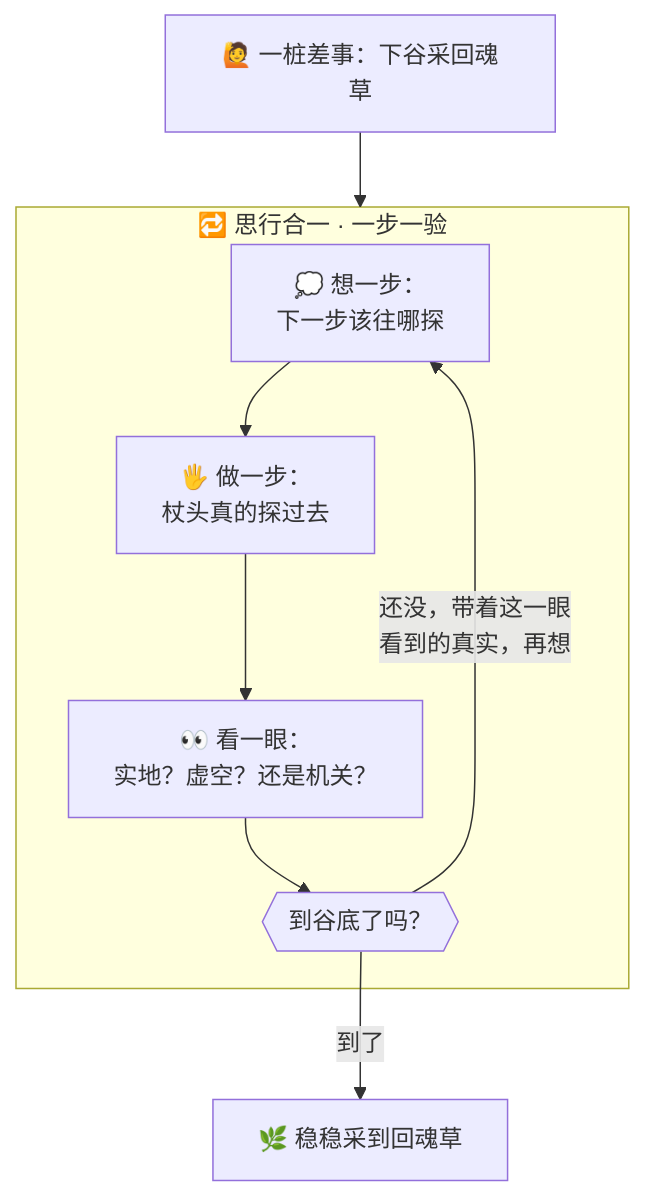
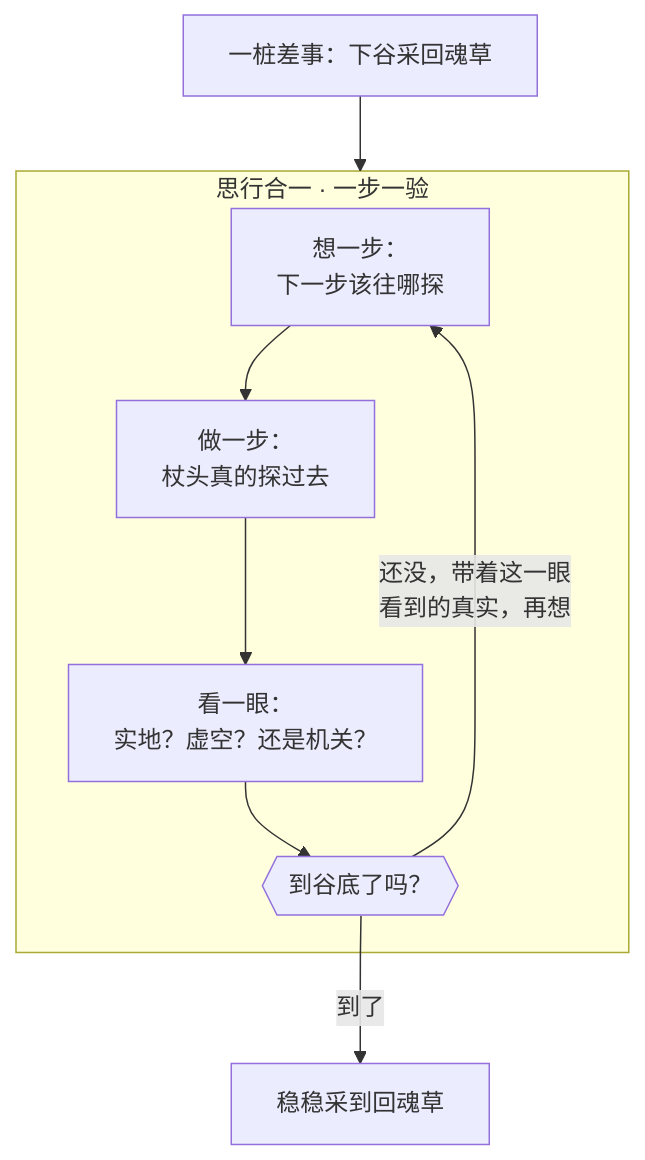
One commit to luckykhy/KhyAiHub changed the second of 3 diagrams in docs/09_STORY_修仙学AI/STORY-番外/[STORY-番外-105] 番外06·思行合一·观己而动.md. Above: the diagram before and after it, drawn with Mermaid. The commit also changed other lines of this file and 19 other files, not shown here.

````diff
--- a/docs/09_STORY_修仙学AI/STORY-番外/[STORY-番外-105] 番外06·思行合一·观己而动.md
+++ b/docs/09_STORY_修仙学AI/STORY-番外/[STORY-番外-105] 番外06·思行合一·观己而动.md
@@ -94,11 +94,11 @@
 ```mermaid
 flowchart TB
-  START["🙋 一桩差事：下谷采回魂草"] --> LOOP
-  subgraph LOOP["🔁 思行合一 · 一步一验"]
-    THINK["💭 想一步：<br/>下一步该往哪探"] --> DO["🖐️ 做一步：<br/>杖头真的探过去"]
-    DO --> SEE["👀 看一眼：<br/>实地？虚空？还是机关？"]
+  START["一桩差事：下谷采回魂草"] --> LOOP
+  subgraph LOOP["思行合一 · 一步一验"]
+    THINK["想一步：<br/>下一步该往哪探"] --> DO["做一步：<br/>杖头真的探过去"]
+    DO --> SEE["看一眼：<br/>实地？虚空？还是机关？"]
     SEE --> CHECK{{"到谷底了吗？"}}
     CHECK -->|"还没，带着这一眼<br/>看到的真实，再想"| THINK
   end
-  CHECK -->|"到了"| DONE["🌿 稳稳采到回魂草"]
+  CHECK -->|"到了"| DONE["稳稳采到回魂草"]
 ```
````
